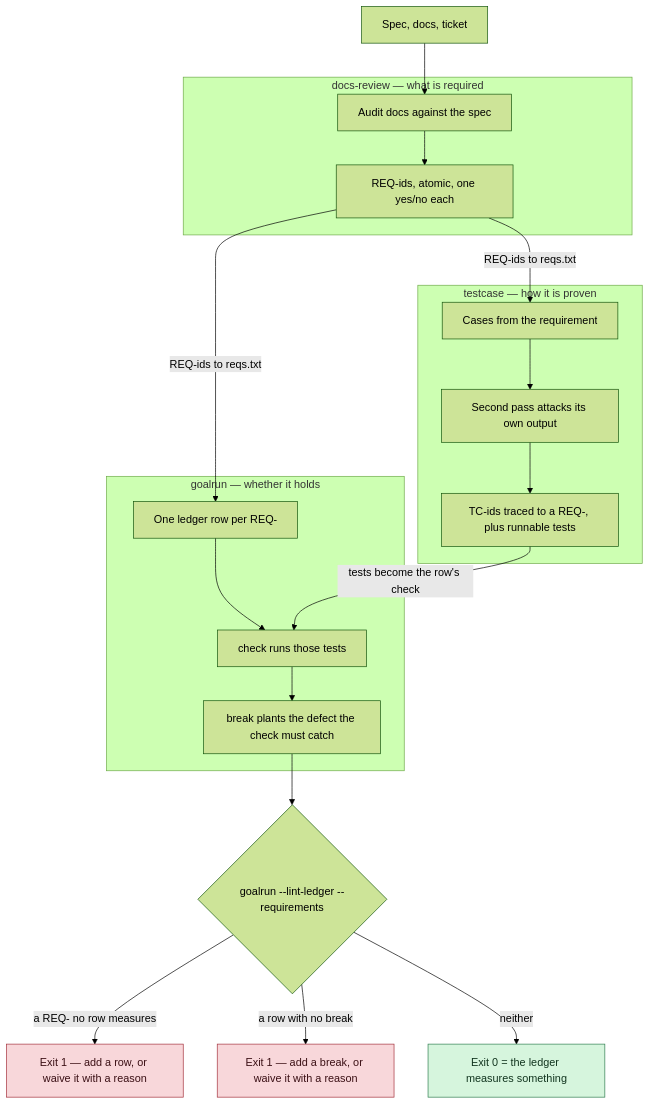
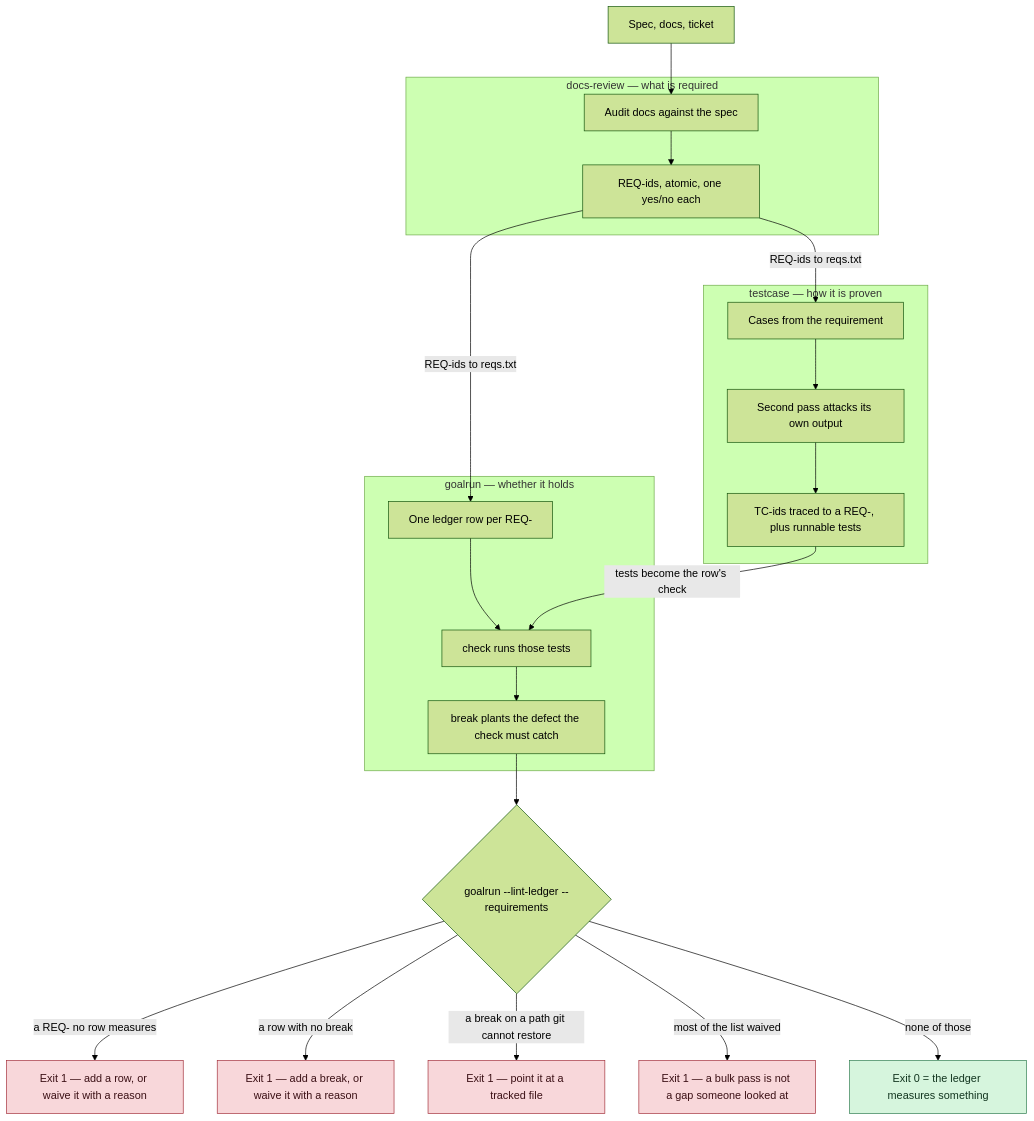
One commit to xtieume/testcase changed the first of 4 diagrams in docs/how-it-works.md. Above: the diagram before and after it, drawn with Mermaid (forest theme). The commit also changed other lines of this file and 1 other file, not shown here.

````diff
--- a/docs/how-it-works.md
+++ b/docs/how-it-works.md
@@ -13,40 +13,44 @@
 ```mermaid
 flowchart TD
     SPEC["Spec, docs, ticket"]
 
     subgraph DR["docs-review — what is required"]
         DR1["Audit docs against the spec"]
         DR2["REQ-ids, atomic, one yes/no each"]
         DR1 --> DR2
     end
 
     subgraph TC["testcase — how it is proven"]
         TC1["Cases from the requirement"]
         TC2["Second pass attacks its own output"]
         TC3["TC-ids traced to a REQ-, plus runnable tests"]
         TC1 --> TC2 --> TC3
     end
 
     subgraph GR["goalrun — whether it holds"]
         GR1["One ledger row per REQ-"]
         GR2["check runs those tests"]
         GR3["break plants the defect the check must catch"]
         GR1 --> GR2 --> GR3
     end
 
     GATE{"goalrun --lint-ledger --requirements"}
     OUT["Exit 0 = the ledger measures something"]
 
     SPEC --> DR1
     DR2 -->|"REQ-ids to reqs.txt"| TC1
     DR2 -->|"REQ-ids to reqs.txt"| GR1
     TC3 -->|"tests become the row's check"| GR2
     GR3 --> GATE
     GATE -->|"a REQ- no row measures"| FAIL1["Exit 1 — add a row, or waive it with a reason"]
     GATE -->|"a row with no break"| FAIL2["Exit 1 — add a break, or waive it with a reason"]
-    GATE -->|"neither"| OUT
+    GATE -->|"a break on a path git cannot restore"| FAIL3["Exit 1 — point it at a tracked file"]
+    GATE -->|"most of the list waived"| FAIL4["Exit 1 — a bulk pass is not a gap someone looked at"]
+    GATE -->|"none of those"| OUT
 
     style OUT fill:#d6f5dd,stroke:#2f7d4f,color:#12351f
     style FAIL1 fill:#f8d7da,stroke:#a3303b,color:#3b1015
     style FAIL2 fill:#f8d7da,stroke:#a3303b,color:#3b1015
+    style FAIL3 fill:#f8d7da,stroke:#a3303b,color:#3b1015
+    style FAIL4 fill:#f8d7da,stroke:#a3303b,color:#3b1015
 ```
````
